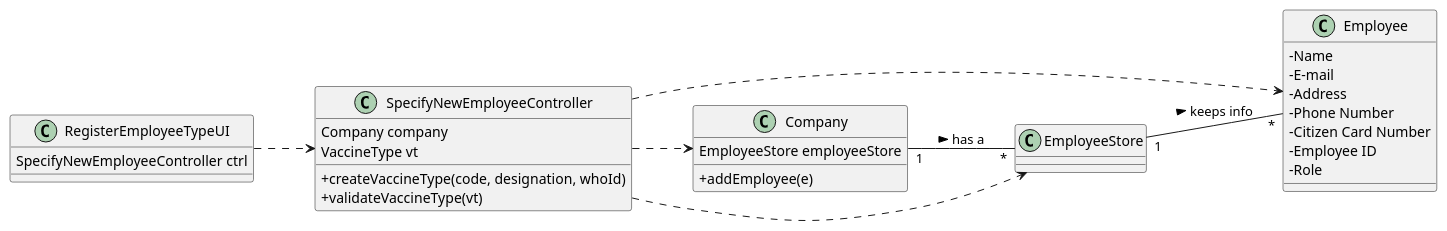
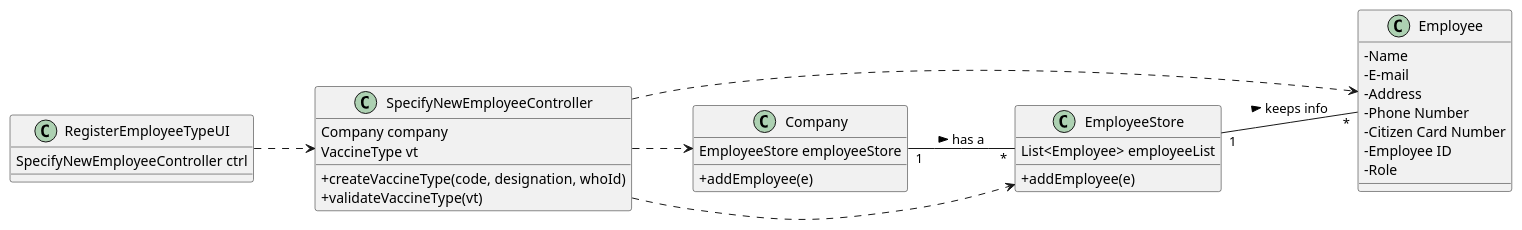
The diagram in docs/SprintB/US/US10/US010_CD.puml (PedroMesquita1211171/VaccinationManager), drawn with PlantUML before and after one commit. The commit also changed 7 other files, not shown here.

```diff
--- a/docs/SprintB/US/US10/US010_CD.puml
+++ b/docs/SprintB/US/US10/US010_CD.puml
@@ -1,42 +1,45 @@
 @startuml
 skinparam classAttributeIconSize 0
 left to right direction
 
 class RegisterEmployeeTypeUI{
 SpecifyNewEmployeeController ctrl
 }
 
 class SpecifyNewEmployeeController{
 Company company
 VaccineType vt
 +createVaccineType(code, designation, whoId)
 +validateVaccineType(vt)
 }
 
 class Employee{
    -Name
    -E-mail
    - Address
    - Phone Number
    - Citizen Card Number
    - Employee ID
    - Role
 }
 
 class Company{
 EmployeeStore employeeStore
 +addEmployee(e)
 }
 
-class EmployeeStore{}
+class EmployeeStore{
+List<Employee> employeeList
++addEmployee(e)
+}
 
 RegisterEmployeeTypeUI ..> SpecifyNewEmployeeController
 Company "1"--"*" EmployeeStore : has a >
 EmployeeStore "1"--"*"Employee : keeps info >
 SpecifyNewEmployeeController ..> Company
 SpecifyNewEmployeeController ..> EmployeeStore
 SpecifyNewEmployeeController ..> Employee
 
 
 
 @enduml
```
